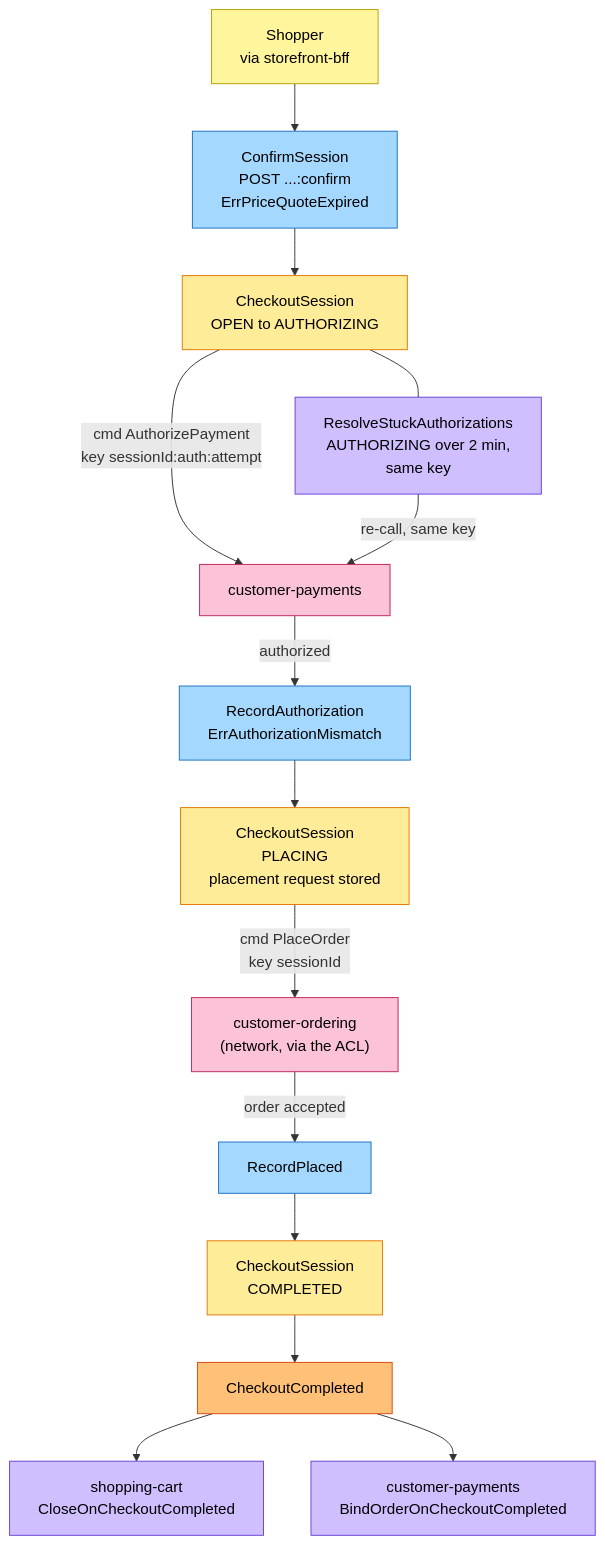
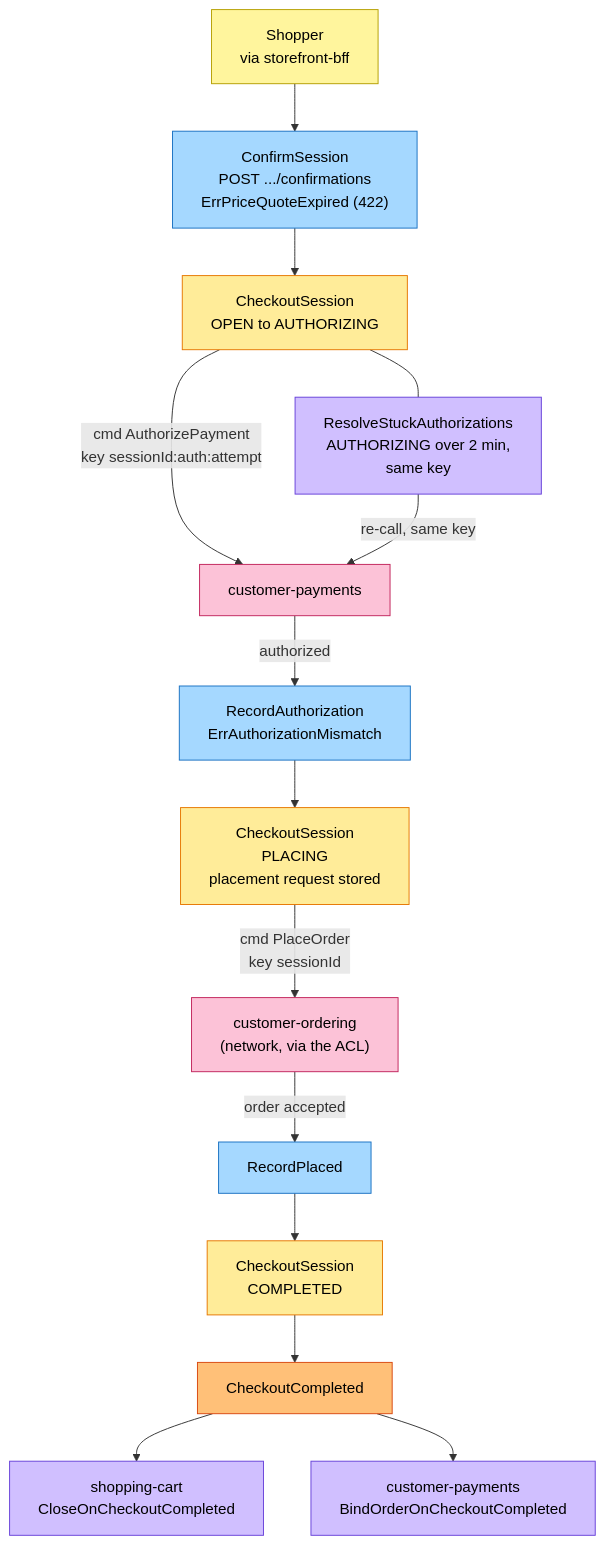
Before and after one commit to IQVO/warehouse-docs: the second of 6 diagrams in storefront/docs/contexts/checkout/eventstorming.md, drawn with Mermaid. The commit also changed other lines of this file and 8 other files, not shown here.

Commit message:
docs(storefront): checkout pack and model follow the repo (422 price-quote-expired, no confirm re-check, authAttempt 0, first-only in-doubt event, mismatch -> DECLINED + void-pending)

````diff
--- a/storefront/docs/contexts/checkout/eventstorming.md
+++ b/storefront/docs/contexts/checkout/eventstorming.md
@@ -82,37 +84,37 @@
 ```mermaid
 flowchart TB
     S["Shopper<br/>via storefront-bff"]:::actor
-    C1["ConfirmSession<br/>POST ...:confirm<br/>ErrPriceQuoteExpired"]:::command
+    C1["ConfirmSession<br/>POST .../confirmations<br/>ErrPriceQuoteExpired (422)"]:::command
     G1["CheckoutSession<br/>OPEN to AUTHORIZING"]:::aggregate
     CP["customer-payments"]:::external
     C2["RecordAuthorization<br/>ErrAuthorizationMismatch"]:::command
     G2["CheckoutSession<br/>PLACING<br/>placement request stored"]:::aggregate
     CO["customer-ordering<br/>(network, via the ACL)"]:::external
     C3["RecordPlaced"]:::command
     G3["CheckoutSession<br/>COMPLETED"]:::aggregate
     E1["CheckoutCompleted"]:::event
     P1["shopping-cart<br/>CloseOnCheckoutCompleted"]:::policy
     P2["customer-payments<br/>BindOrderOnCheckoutCompleted"]:::policy
     P3["ResolveStuckAuthorizations<br/>AUTHORIZING over 2 min,<br/>same key"]:::policy
 
     S --> C1
     C1 --> G1
     G1 -->|"cmd AuthorizePayment<br/>key sessionId:auth:attempt"| CP
     CP -->|authorized| C2
     C2 --> G2
     G2 -->|"cmd PlaceOrder<br/>key sessionId"| CO
     CO -->|"order accepted"| C3
     C3 --> G3
     G3 --> E1
     E1 --> P1
     E1 --> P2
     P3 -->|"re-call, same key"| CP
     G1 --- P3
 
     classDef actor fill:#fff59d,stroke:#b59f00,color:#000
     classDef command fill:#a5d8ff,stroke:#1971c2,color:#000
     classDef aggregate fill:#ffec99,stroke:#e67700,color:#000
     classDef event fill:#ffc078,stroke:#d9480f,color:#000
     classDef policy fill:#d0bfff,stroke:#6741d9,color:#000
     classDef external fill:#fcc2d7,stroke:#c2255c,color:#000
 ```
````
